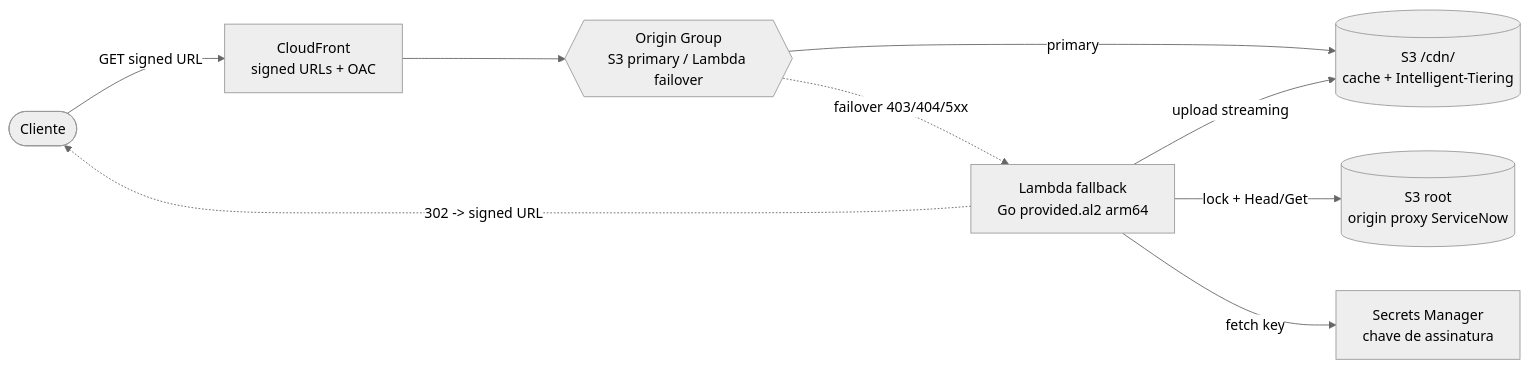
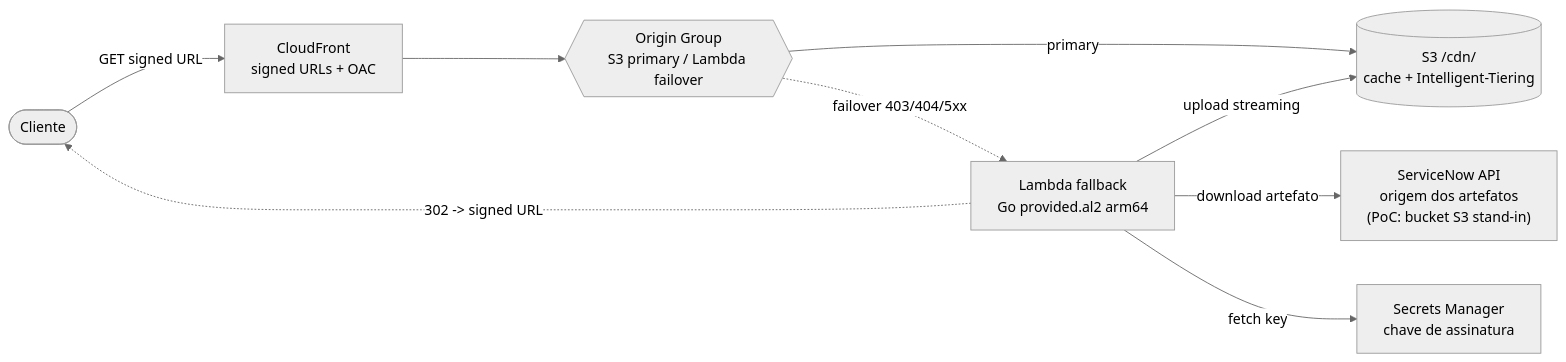
The first of 3 diagrams in docs/architecture.md (brunojet/go-edge-cache), drawn with Mermaid (neutral theme) before and after one commit. The commit also changed other lines of this file, not shown here.

First line of the commit message:
docs: clarify ServiceNow API as real origin in diagrams

````diff
--- a/docs/architecture.md
+++ b/docs/architecture.md
@@ -12,19 +18,19 @@
 ```mermaid
 flowchart LR
     Client(["Cliente"])
     CF["CloudFront<br/>signed URLs + OAC"]
     OG{{"Origin Group<br/>S3 primary / Lambda failover"}}
     S3C[("S3 /cdn/<br/>cache + Intelligent-Tiering")]
     L["Lambda fallback<br/>Go provided.al2 arm64"]
-    S3O[("S3 root<br/>origin proxy ServiceNow")]
+    SN["ServiceNow API<br/>origem dos artefatos<br/>(PoC: bucket S3 stand-in)"]
     SM["Secrets Manager<br/>chave de assinatura"]
 
     Client -->|"GET signed URL"| CF
     CF --> OG
     OG -->|"primary"| S3C
     OG -.->|"failover 403/404/5xx"| L
-    L -->|"lock + Head/Get"| S3O
+    L -->|"download artefato"| SN
     L -->|"upload streaming"| S3C
     L -->|"fetch key"| SM
     L -.->|"302 -> signed URL"| Client
 ```
````
